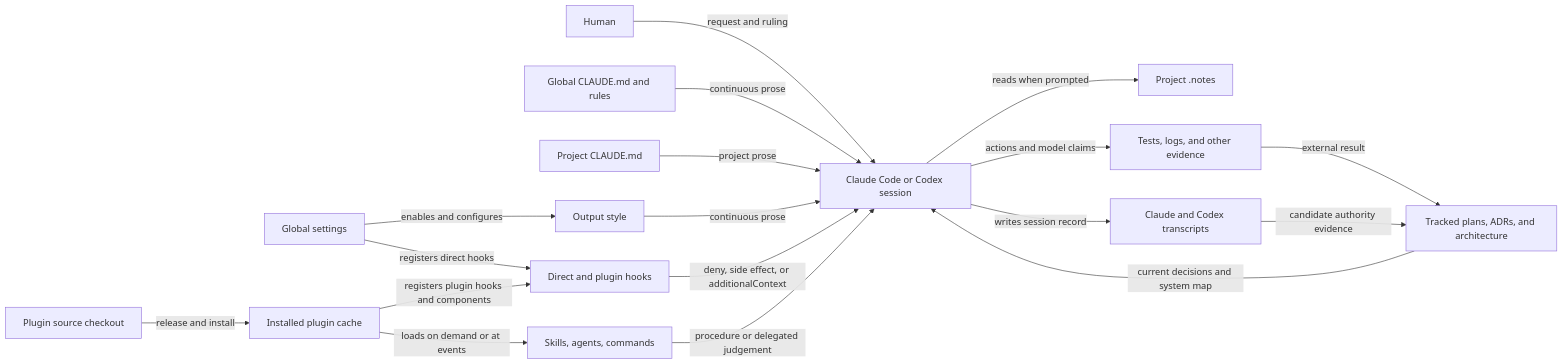
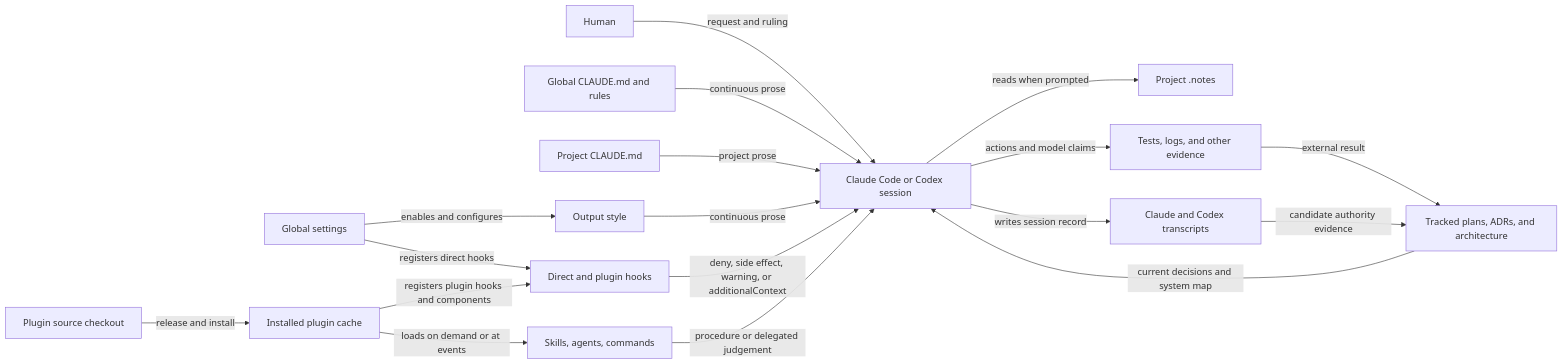
The diagram in docs/architecture/instruction-control/0-context.md (Denubis/denubis-plugins), drawn with Mermaid before and after one commit. The commit also changed other lines of this file and 12 other files, not shown here.

````diff
--- a/docs/architecture/instruction-control/0-context.md
+++ b/docs/architecture/instruction-control/0-context.md
@@ -15,35 +15,35 @@
 ```mermaid
 flowchart LR
     H[Human]
     C[Claude Code or Codex session]
     G[Global CLAUDE.md and rules]
     P[Project CLAUDE.md]
     S[Global settings]
     O[Output style]
     K[Skills, agents, commands]
     X[Direct and plugin hooks]
     N[Project .notes]
     T[Claude and Codex transcripts]
     E[Tests, logs, and other evidence]
     R[Tracked plans, ADRs, and architecture]
     I[Installed plugin cache]
     Q[Plugin source checkout]
 
     H -->|request and ruling| C
     G -->|continuous prose| C
     P -->|project prose| C
     S -->|enables and configures| O
     S -->|registers direct hooks| X
     I -->|registers plugin hooks and components| X
     I -->|loads on demand or at events| K
     O -->|continuous prose| C
     K -->|procedure or delegated judgement| C
-    X -->|deny, side effect, or additionalContext| C
+    X -->|deny, side effect, warning, or additionalContext| C
     C -->|reads when prompted| N
     C -->|actions and model claims| E
     C -->|writes session record| T
     T -->|candidate authority evidence| R
     E -->|external result| R
     R -->|current decisions and system map| C
     Q -->|release and install| I
 ```
````
